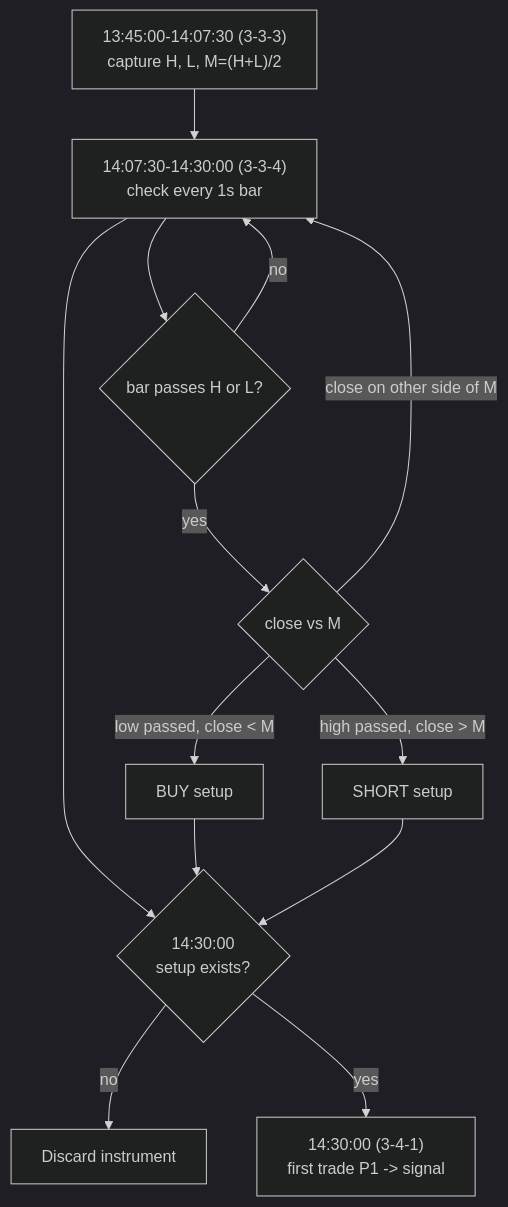
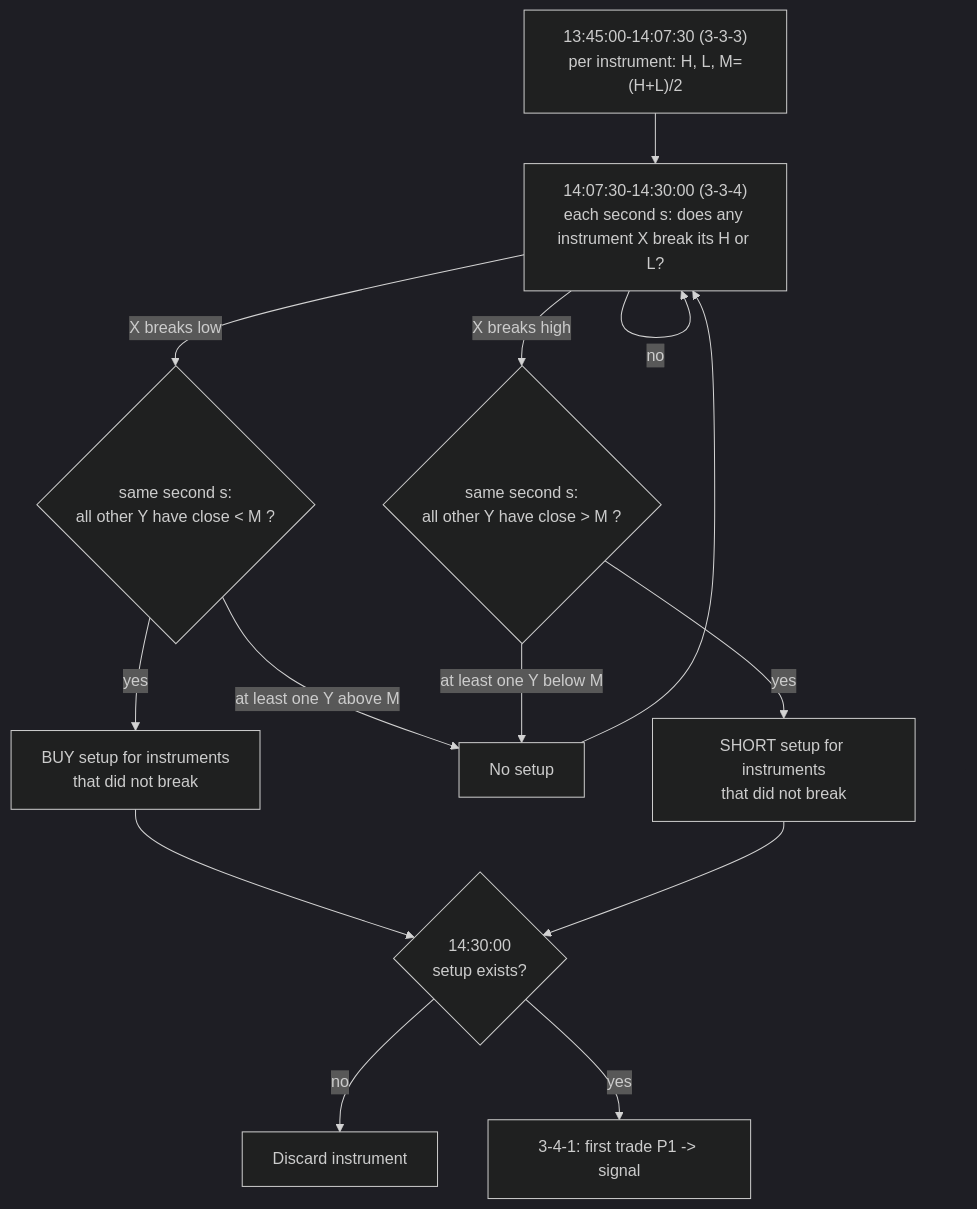
The diagram in documents/implementation_strategy/rules/sequence_range_sweep.md (parvanescu/ict-backtest-engine), drawn with Mermaid (dark theme) before and after one commit. The commit also changed other lines of this file and 3 other files, not shown here.

````diff
--- a/documents/implementation_strategy/rules/sequence_range_sweep.md
+++ b/documents/implementation_strategy/rules/sequence_range_sweep.md
@@ -53,15 +56,16 @@
 ```mermaid
 flowchart TD
-    A["13:45:00-14:07:30 (3-3-3)<br/>capture H, L, M=(H+L)/2"] --> B["14:07:30-14:30:00 (3-3-4)<br/>check every 1s bar"]
-    B --> C{"bar passes H or L?"}
-    C -- no --> B
-    C -- yes --> D{"close vs M"}
-    D -- "low passed, close < M" --> E["BUY setup"]
-    D -- "high passed, close > M" --> F["SHORT setup"]
-    D -- "close on other side of M" --> B
-    B --> G{"14:30:00<br/>setup exists?"}
-    E --> G
-    F --> G
-    G -- no --> H["Discard instrument"]
-    G -- yes --> I["14:30:00 (3-4-1)<br/>first trade P1 -> signal"]
+    A["13:45:00-14:07:30 (3-3-3)<br/>per instrument: H, L, M=(H+L)/2"] --> B["14:07:30-14:30:00 (3-3-4)<br/>each second s: does any instrument X break its H or L?"]
+    B -- no --> B
+    B -- "X breaks low" --> C{"same second s:<br/>all other Y have close < M ?"}
+    B -- "X breaks high" --> D{"same second s:<br/>all other Y have close > M ?"}
+    C -- yes --> E["BUY setup for instruments<br/>that did not break"]
+    C -- "at least one Y above M" --> F["No setup"]
+    D -- yes --> G["SHORT setup for instruments<br/>that did not break"]
+    D -- "at least one Y below M" --> F
+    E --> H{"14:30:00<br/>setup exists?"}
+    G --> H
+    F --> B
+    H -- no --> I["Discard instrument"]
+    H -- yes --> J["3-4-1: first trade P1 -> signal"]
 ```
````
